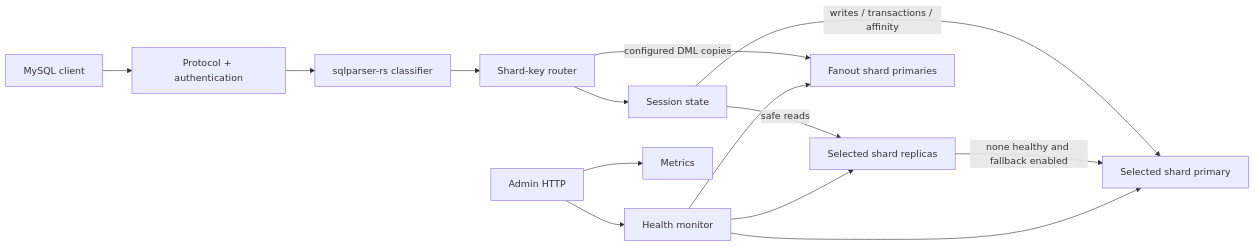
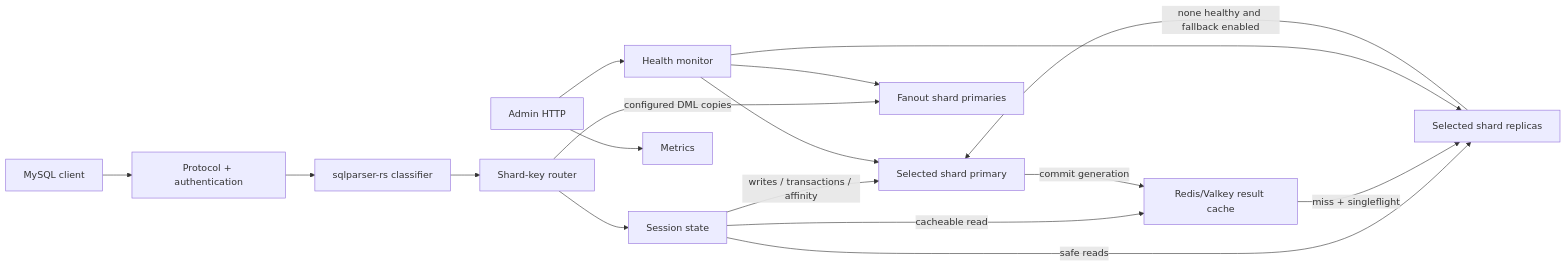
Before and after one commit to rahulbsw/dbproxy-rs: the fourth of 5 diagrams in docs/architecture.md, drawn with Mermaid. The commit also changed other lines of this file and 25 other files, not shown here.

Commit message:
Add smart pooling, etcd epochs, and Redis result cache

````diff
--- a/docs/architecture.md
+++ b/docs/architecture.md
@@ -69,16 +72,19 @@
 ```mermaid
 flowchart LR
     C["MySQL client"] --> F["Protocol + authentication"]
     F --> P["sqlparser-rs classifier"]
     P --> K["Shard-key router"]
     K --> S["Session state"]
     S -->|"writes / transactions / affinity"| HP["Selected shard primary"]
     S -->|"safe reads"| HR["Selected shard replicas"]
+    S -->|"cacheable read"| RC["Redis/Valkey result cache"]
+    RC -->|"miss + singleflight"| HR
+    HP -->|"commit generation"| RC
     K -->|"configured DML copies"| FW["Fanout shard primaries"]
     HR -->|"none healthy and fallback enabled"| HP
     HC["Health monitor"] --> HP
     HC --> HR
     HC --> FW
     A["Admin HTTP"] --> HC
     A --> X["Metrics"]
 ```
````
